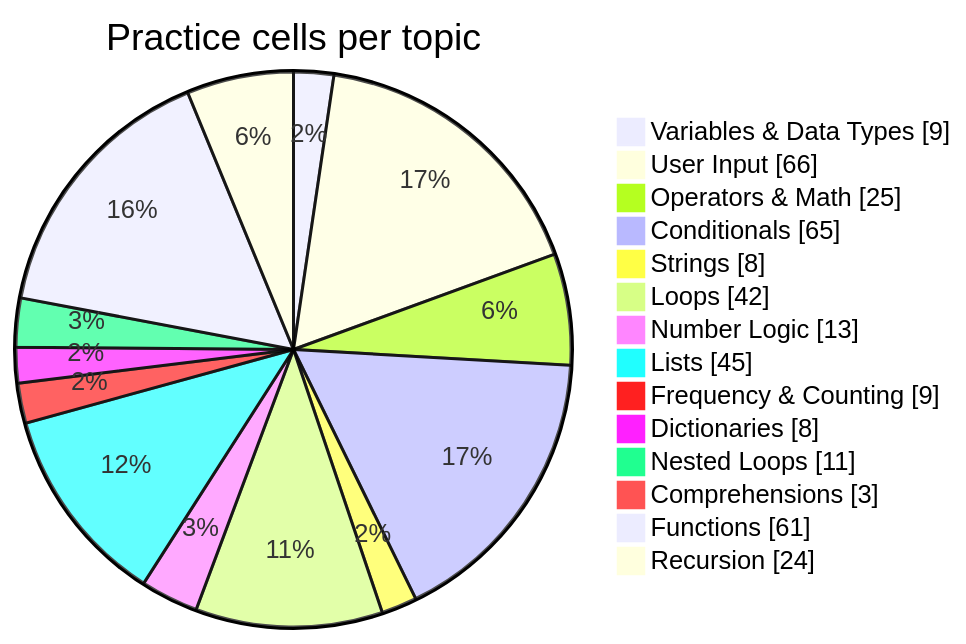
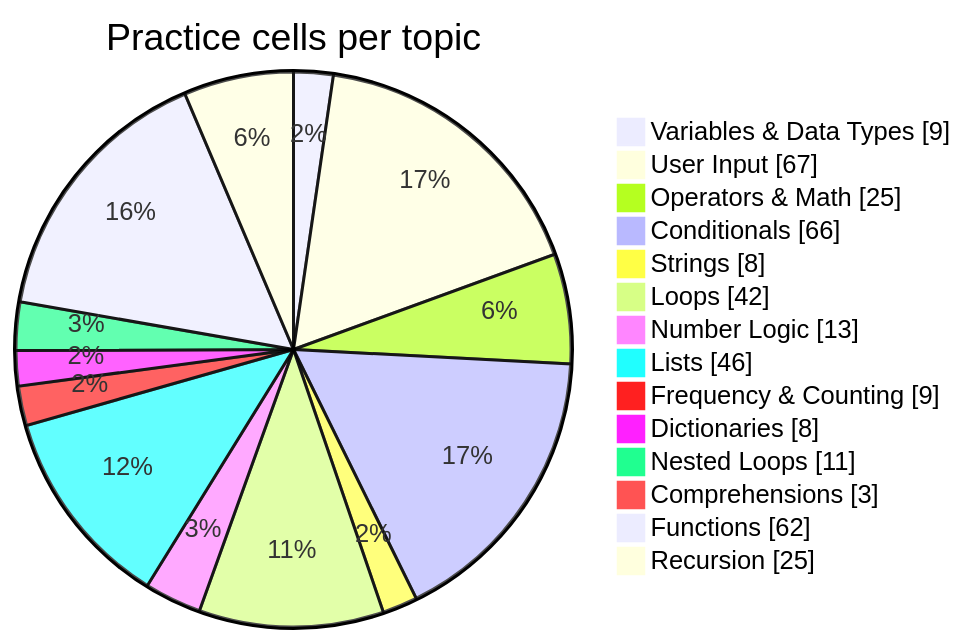
Before and after one commit to Phantom2101/Python-Daily-Practice: the diagram in README.md, drawn with Mermaid. The commit also changed other lines of this file and 1 other file, not shown here.

````diff
--- a/README.md
+++ b/README.md
@@ -126,17 +126,17 @@
 ```mermaid
 pie showData title Practice cells per topic
     "Variables & Data Types" : 9
-    "User Input" : 66
+    "User Input" : 67
     "Operators & Math" : 25
-    "Conditionals" : 65
+    "Conditionals" : 66
     "Strings" : 8
     "Loops" : 42
     "Number Logic" : 13
-    "Lists" : 45
+    "Lists" : 46
     "Frequency & Counting" : 9
     "Dictionaries" : 8
     "Nested Loops" : 11
     "Comprehensions" : 3
-    "Functions" : 61
-    "Recursion" : 24
+    "Functions" : 62
+    "Recursion" : 25
 ```
````
